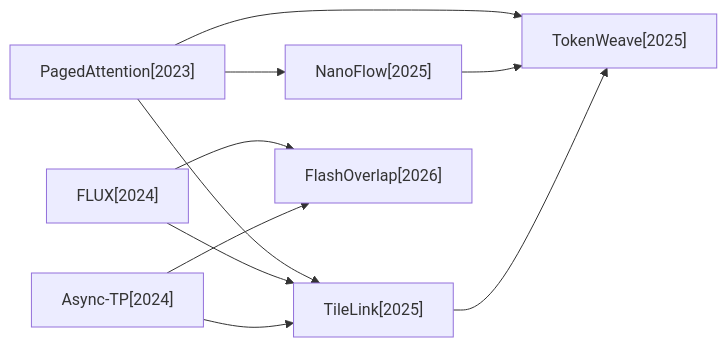
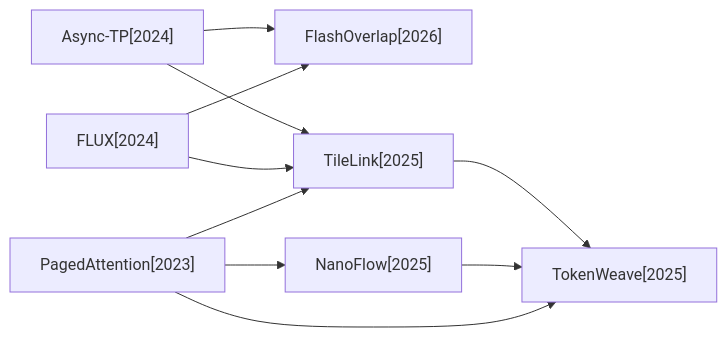
Before and after one commit to hustzxd/EfficientPaper: the first of 5 diagrams in docs/baseline_methods_graph.md, drawn with Mermaid. The commit also changed other lines of this file and 16 other files, not shown here.

````diff
--- a/docs/baseline_methods_graph.md
+++ b/docs/baseline_methods_graph.md
@@ -7,19 +7,19 @@
 ```mermaid
 flowchart LR
+    2026_FlashOverlap["FlashOverlap[2026]"]
     2023_PagedAttention["PagedAttention[2023]"]
+    2025_TokenWeave["TokenWeave[2025]"]
     2024_FLUX["FLUX[2024]"]
+    2025_NanoFlow["NanoFlow[2025]"]
     2024_Async_TP["Async-TP[2024]"]
-    2025_TokenWeave["TokenWeave[2025]"]
-    2025_NanoFlow["NanoFlow[2025]"]
     2025_TileLink["TileLink[2025]"]
-    2026_FlashOverlap["FlashOverlap[2026]"]
     2023_PagedAttention --> 2025_TileLink
     2023_PagedAttention --> 2025_NanoFlow
     2023_PagedAttention --> 2025_TokenWeave
     2024_FLUX --> 2025_TileLink
     2024_FLUX --> 2026_FlashOverlap
+    2025_NanoFlow --> 2025_TokenWeave
     2024_Async_TP --> 2025_TileLink
     2024_Async_TP --> 2026_FlashOverlap
-    2025_NanoFlow --> 2025_TokenWeave
     2025_TileLink --> 2025_TokenWeave
 ```
````
